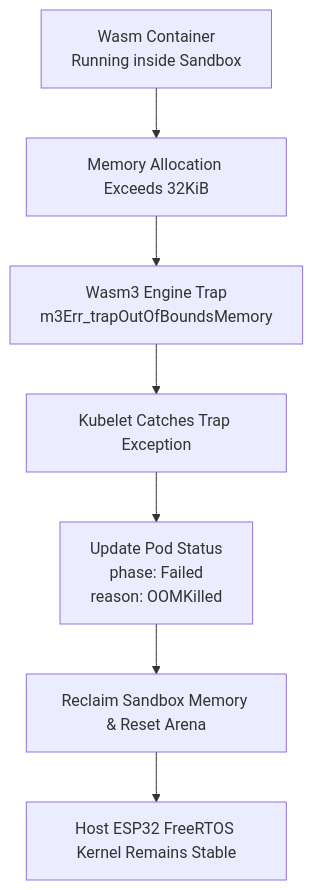
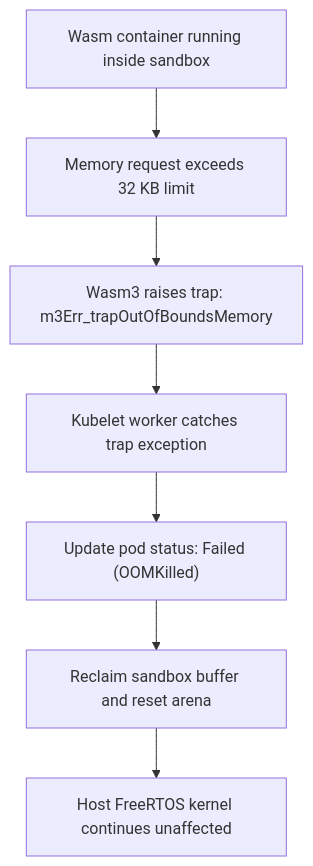
One commit to arterialist/kube32 changed the first of 2 diagrams in docs/workloads/resource-limits.md. Above: the diagram before and after it, drawn with Mermaid. The commit also changed other lines of this file and 16 other files, not shown here.

````diff
--- a/docs/workloads/resource-limits.md
+++ b/docs/workloads/resource-limits.md
@@ -67,9 +70,9 @@
 ```mermaid
 graph TD
-    WASM["Wasm Container<br/>Running inside Sandbox"] --> ALLOC["Memory Allocation Exceeds 32KiB"]
-    ALLOC --> TRAP["Wasm3 Engine Trap<br/>m3Err_trapOutOfBoundsMemory"]
-    TRAP --> KUBELET["Kubelet Catches Trap Exception"]
-    KUBELET --> STATUS["Update Pod Status<br/>phase: Failed<br/>reason: OOMKilled"]
-    STATUS --> CLEANUP["Reclaim Sandbox Memory &amp; Reset Arena"]
-    CLEANUP --> SAFE["Host ESP32 FreeRTOS Kernel Remains Stable"]
+    WASM["Wasm container running inside sandbox"] --> ALLOC["Memory request exceeds 32 KB limit"]
+    ALLOC --> TRAP["Wasm3 raises trap: m3Err_trapOutOfBoundsMemory"]
+    TRAP --> KUBELET["Kubelet worker catches trap exception"]
+    KUBELET --> STATUS["Update pod status: Failed (OOMKilled)"]
+    STATUS --> CLEANUP["Reclaim sandbox buffer and reset arena"]
+    CLEANUP --> SAFE["Host FreeRTOS kernel continues unaffected"]
 ```
````
